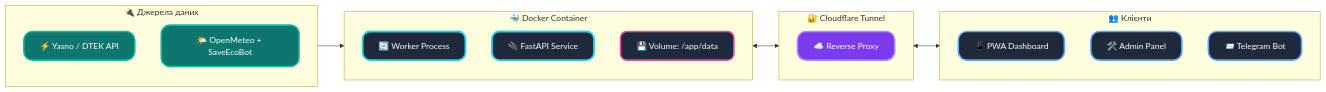
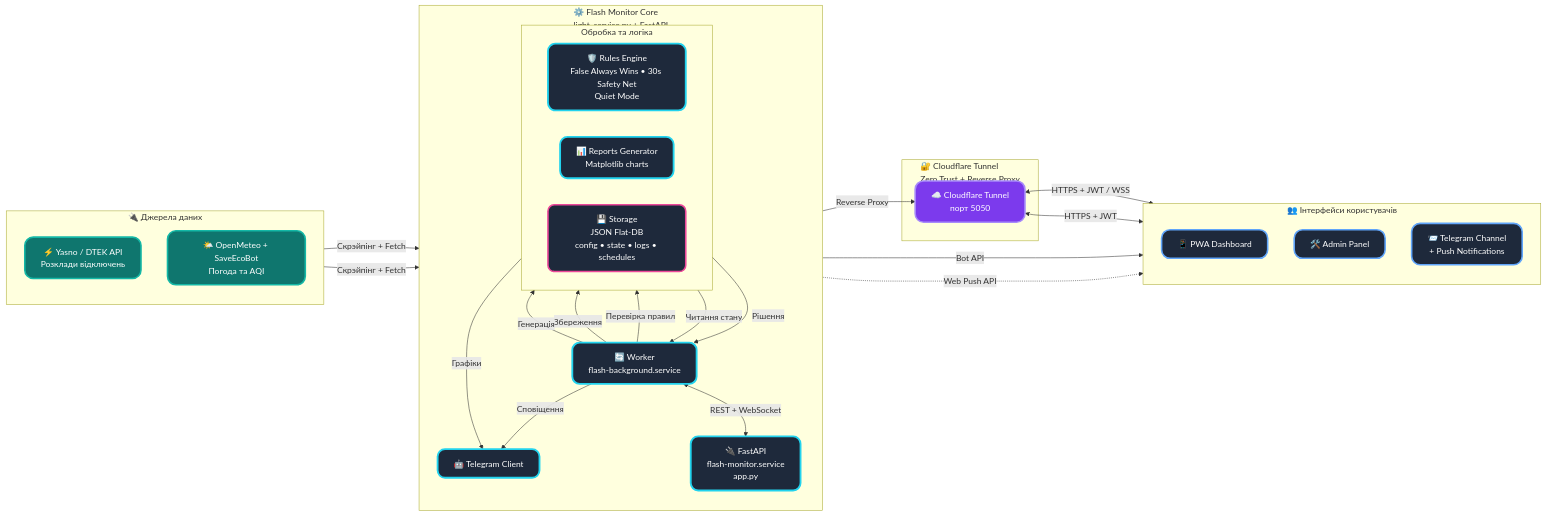
One commit to weby-homelab/flash-monitor-kyiv changed the diagram in README.md. Above: the diagram before and after it, drawn with Mermaid. The commit also changed other lines of this file and 1 other file, not shown here.

Commit message:
docs: restore original Mermaid diagram architecture

````diff
--- a/README.md
+++ b/README.md
@@ -85,36 +85,78 @@
 ```mermaid
 flowchart LR
+    %% ================================================
+    %% НОВА КОНЦЕПЦІЯ 2026 для README.md
+    %% "End-to-End Pipeline" — динамічний потік даних
+    %% Замість шарів — горизонтальний pipeline з чітким напрямком руху
+    %% Ідеально виглядає в GitHub (темна/світла тема), чистий, сучасний, легко читається
+    %% ================================================
+
     classDef external fill:#0f766e,stroke:#14b8a6,stroke-width:3px,color:#fff,rx:16px,ry:16px
     classDef core fill:#1e293b,stroke:#22d3ee,stroke-width:3.5px,color:#fff,rx:14px,ry:14px
     classDef gateway fill:#7c3aed,stroke:#a78bfa,stroke-width:3px,color:#fff,rx:16px,ry:16px
     classDef client fill:#1e293b,stroke:#60a5fa,stroke-width:3px,color:#fff,rx:16px,ry:16px
     classDef db fill:#1e293b,stroke:#ec4899,stroke-width:3px,color:#fff,rx:12px,ry:12px
 
+    %% ====================== ЛІВА ЧАСТИНА: ДЖЕРЕЛА ДАНИХ ======================
     subgraph External ["🔌 Джерела даних"]
         direction TB
-        Energy["⚡ Yasno / DTEK API"]:::external
-        Meteo["🌤️ OpenMeteo + SaveEcoBot"]:::external
+        Energy["⚡ Yasno / DTEK API<br>Розклади відключень"]:::external
+        Meteo["🌤️ OpenMeteo + SaveEcoBot<br>Погода та AQI"]:::external
     end
 
-    subgraph Docker ["🐳 Docker Container"]
+    %% ====================== ЦЕНТР: CORE PIPELINE ======================
+    subgraph Core ["⚙️ Flash Monitor Core<br>light_service.py + FastAPI"]
         direction TB
-        Worker["🔄 Worker Process"]:::core
-        API["🔌 FastAPI Service"]:::core
-        Storage["💾 Volume: /app/data"]:::db
+
+        Worker["🔄 Worker<br>flash-background.service"]:::core
+
+        subgraph Processing ["Обробка та логіка"]
+            direction LR
+            Rules["🛡️ Rules Engine<br>False Always Wins • 30s Safety Net<br>Quiet Mode"]:::core
+            Reports["📊 Reports Generator<br>Matplotlib charts"]:::core
+            Storage["💾 Storage<br>JSON Flat-DB<br>config • state • logs • schedules"]:::db
+        end
+
+        API["🔌 FastAPI<br>flash-monitor.service<br>app.py"]:::core
+        TgClient["🤖 Telegram Client"]:::core
     end
 
-    subgraph Gateway ["🔐 Cloudflare Tunnel"]
-        CF["☁️ Reverse Proxy"]:::gateway
+    %% ====================== ШЛЮЗ ======================
+    subgraph Gateway ["🔐 Cloudflare Tunnel<br>Zero Trust + Reverse Proxy"]
+        CF["☁️ Cloudflare Tunnel<br>порт 5050"]:::gateway
     end
 
-    subgraph Clients ["👥 Клієнти"]
+    %% ====================== ПРАВА ЧАСТИНА: КЛІЄНТИ ======================
+    subgraph Clients ["👥 Інтерфейси користувачів"]
         direction TB
         PWA["📱 PWA Dashboard"]:::client
         Admin["🛠️ Admin Panel"]:::client
-        Telegram["📨 Telegram Bot"]:::client
+        Telegram["📨 Telegram Channel<br>+ Push Notifications"]:::client
     end
 
-    External --> Docker
-    Docker <--> Gateway
-    Gateway <--> Clients
+    %% ====================== ПОТІК ДАНИХ (головна магістраль) ======================
+    Energy & Meteo -->|Скрэйпінг + Fetch| Worker
+
+    Worker -->|Перевірка правил| Rules
+    Rules -->|Рішення| Worker
+
+    Worker -->|Збереження| Storage
+    Storage -->|Читання стану| Worker
+
+    Worker -->|Генерація| Reports
+    Worker -->|Сповіщення| TgClient
+    Reports -->|Графіки| TgClient
+
+    Worker <-->|REST + WebSocket| API
+
+    API -->|Reverse Proxy| CF
+    CF <-->|HTTPS + JWT / WSS| PWA
+    CF <-->|HTTPS + JWT| Admin
+    TgClient -->|Bot API| Telegram
+
+    %% Додаткові push-сповіщення
+    API -.->|Web Push API| PWA
+
+    %% ====================== Стиль для заголовків підграфів ======================
+    classDef subgraphTitle fill:#0f172a,stroke:none,color:#64748b,font-size:15px
 ```
````
